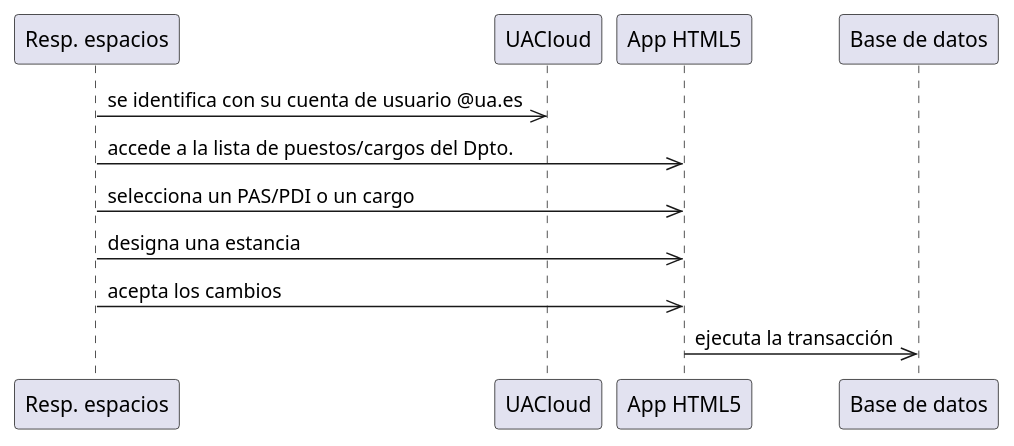
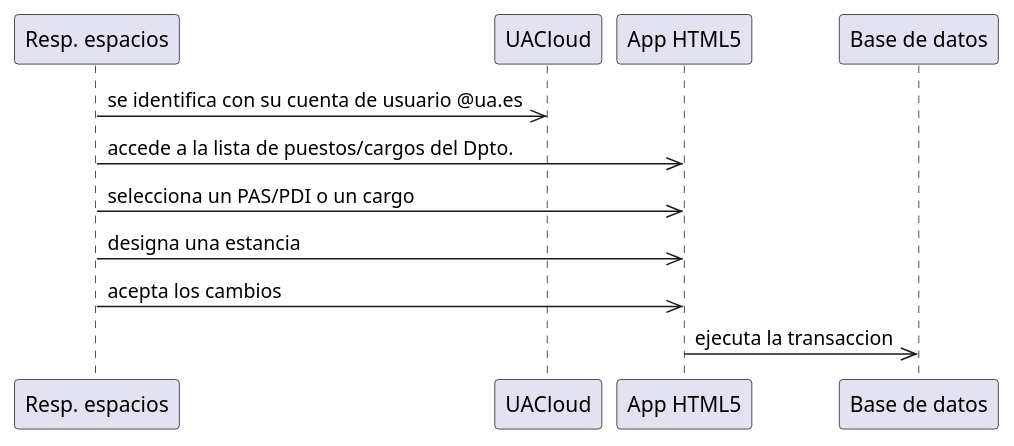
One commit to labgeo/ua-mods changed the diagram in ds04.md. Above: the diagram before and after it, drawn with PlantUML.

```diff
--- a/ds04.md
+++ b/ds04.md
@@ -5,8 +5,8 @@
 {% plantuml %}
 "Resp. espacios"->>UACloud: se identifica con su cuenta de usuario @ua.es
 "Resp. espacios"->>"App HTML5": accede a la lista de puestos/cargos del Dpto.
 "Resp. espacios"->>"App HTML5": selecciona un PAS/PDI o un cargo
 "Resp. espacios"->>"App HTML5": designa una estancia
 "Resp. espacios"->>"App HTML5": acepta los cambios
-"App HTML5"->>"Base de datos": ejecuta la transacción
+"App HTML5"->>"Base de datos": ejecuta la transaccion
 {% endplantuml %}
```
